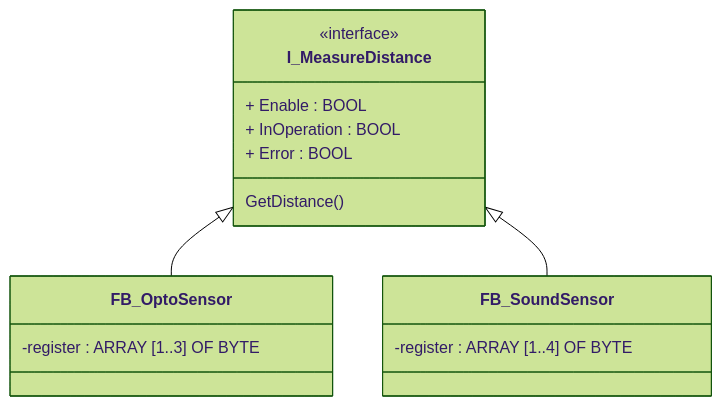
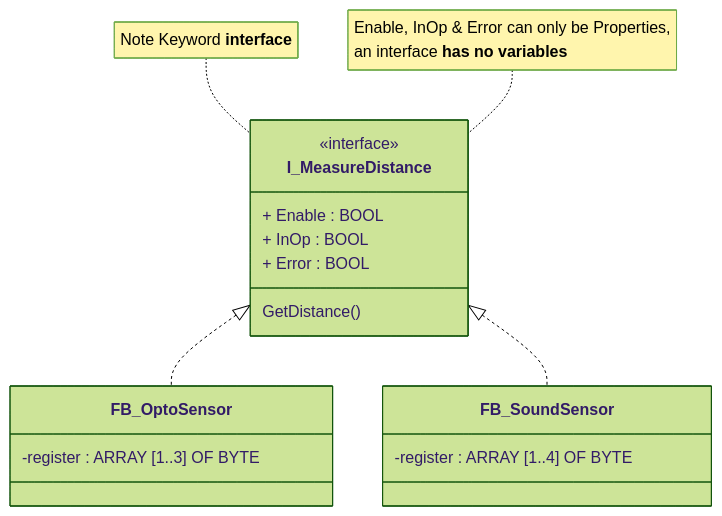
The first of 3 diagrams in AAut_MOD_05_IEC_61131_OOP_InPractice/README.MD (hei-synd-aaut/aaut-docs), drawn with Mermaid (forest theme) before and after one commit. The commit also changed other lines of this file, not shown here.

Commit message:
Revue Syntaxe UML

````diff
--- a/AAut_MOD_05_IEC_61131_OOP_InPractice/README.MD
+++ b/AAut_MOD_05_IEC_61131_OOP_InPractice/README.MD
@@ -48,23 +48,27 @@
 ```mermaid
 classDiagram
 
   class I_MeasureDistance{
       + Enable : BOOL
-      + InOperation : BOOL
+      + InOp : BOOL
       + Error  : BOOL
       GetDistance() 
   }
   <<interface>> I_MeasureDistance
+
+  note for I_MeasureDistance "Note Keyword **interface**"
+  note for I_MeasureDistance "Enable, InOp & Error can only be Properties,
+  an interface **has no variables**"
 
   class FB_OptoSensor {
     -register : ARRAY [1..3] OF BYTE
   }
 
   class FB_SoundSensor {
     -register : ARRAY [1..4] OF BYTE
   }
 
-I_MeasureDistance <|-- FB_OptoSensor
-I_MeasureDistance <|-- FB_SoundSensor
+I_MeasureDistance <|.. FB_OptoSensor
+I_MeasureDistance <|.. FB_SoundSensor
 
 ```
````
